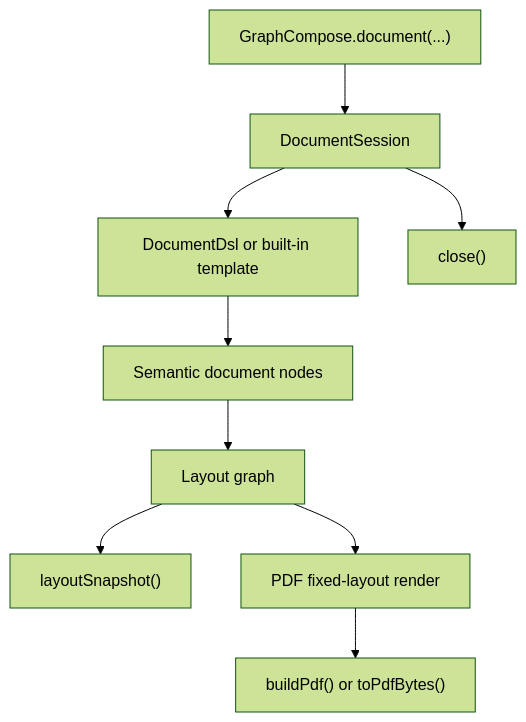
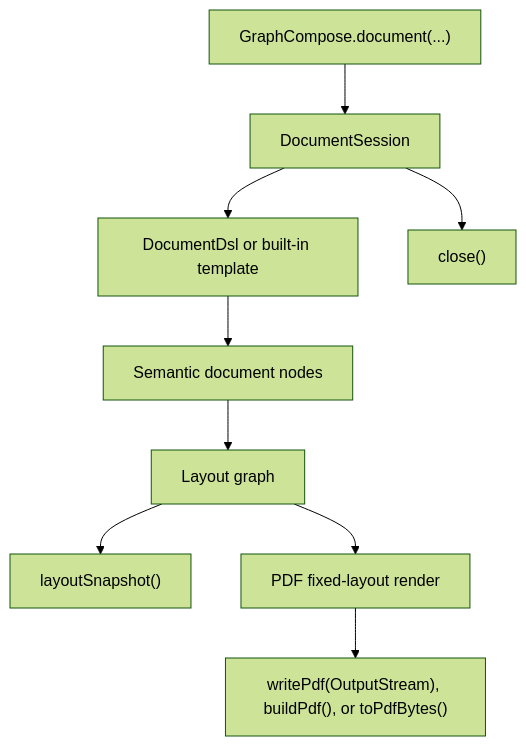
One commit to DemchaAV/GraphCompose changed the diagram in docs/lifecycle.md. Above: the diagram before and after it, drawn with Mermaid (forest theme). The commit also changed other lines of this file and 116 other files, not shown here.

First line of the commit message:
feat: Introduce streaming PDF output, session-local text caching, and extensive Javadocs

````diff
--- a/docs/lifecycle.md
+++ b/docs/lifecycle.md
@@ -15,11 +15,11 @@
 ```mermaid
 flowchart TD
     Entry["GraphCompose.document(...)"] --> Session["DocumentSession"]
     Session --> Authoring["DocumentDsl or built-in template"]
     Authoring --> Nodes["Semantic document nodes"]
     Nodes --> Layout["Layout graph"]
     Layout --> Snapshot["layoutSnapshot()"]
     Layout --> Render["PDF fixed-layout render"]
-    Render --> Output["buildPdf() or toPdfBytes()"]
+    Render --> Output["writePdf(OutputStream), buildPdf(), or toPdfBytes()"]
     Session --> Close["close()"]
 ```
````
